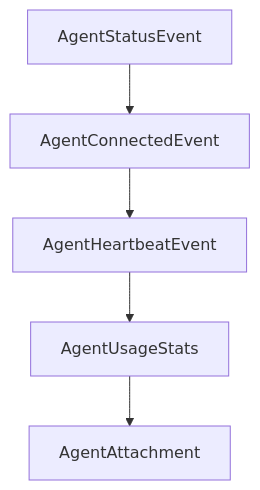
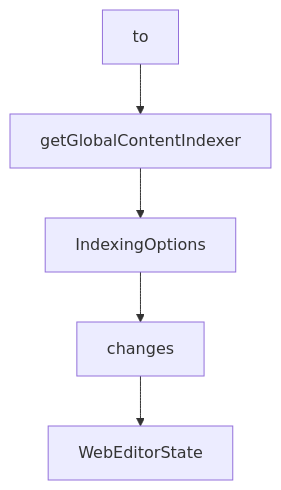
One commit to johnxie/awesome-code-docs changed the diagram in tutorials/mcp-chrome-tutorial/03-tool-surface-browser-network-and-interaction.md. Above: the diagram before and after it, drawn with Mermaid. The commit also changed other lines of this file and 1232 other files, not shown here.

````diff
--- a/tutorials/mcp-chrome-tutorial/03-tool-surface-browser-network-and-interaction.md
+++ b/tutorials/mcp-chrome-tutorial/03-tool-surface-browser-network-and-interaction.md
@@ -220,12 +195,12 @@
 ```mermaid
 flowchart TD
-    A[AgentStatusEvent]
-    B[AgentConnectedEvent]
-    C[AgentHeartbeatEvent]
-    D[AgentUsageStats]
-    E[AgentAttachment]
+    A[to]
+    B[getGlobalContentIndexer]
+    C[IndexingOptions]
+    D[changes]
+    E[WebEditorState]
     A --> B
     B --> C
     C --> D
     D --> E
 ```
````
